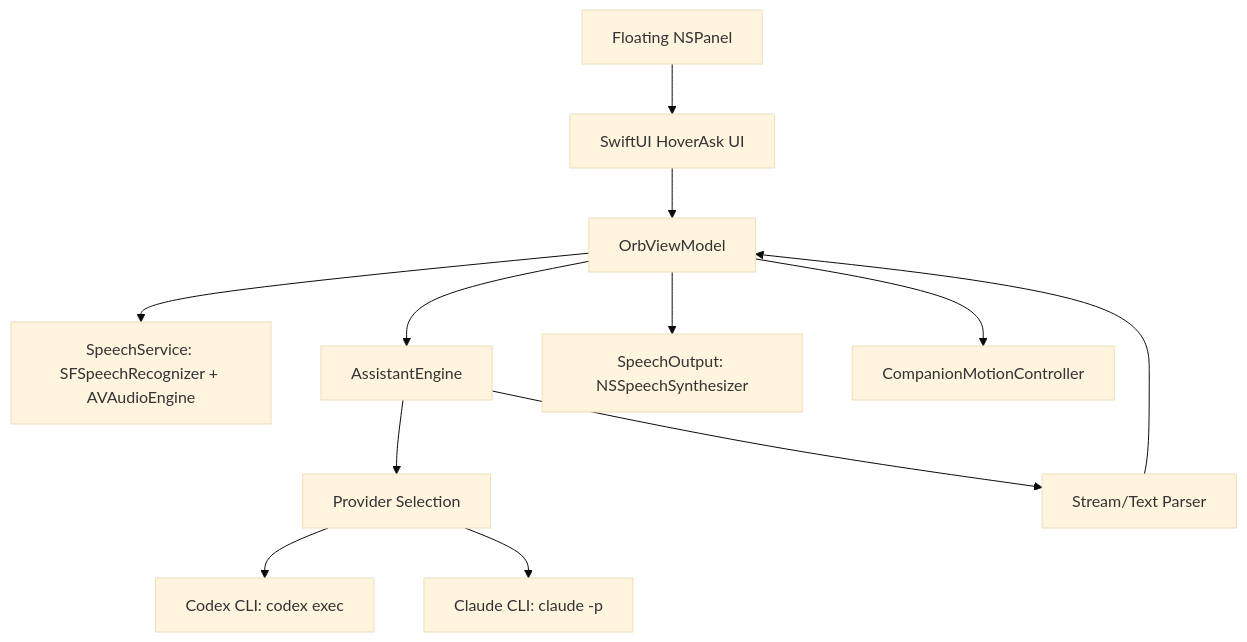
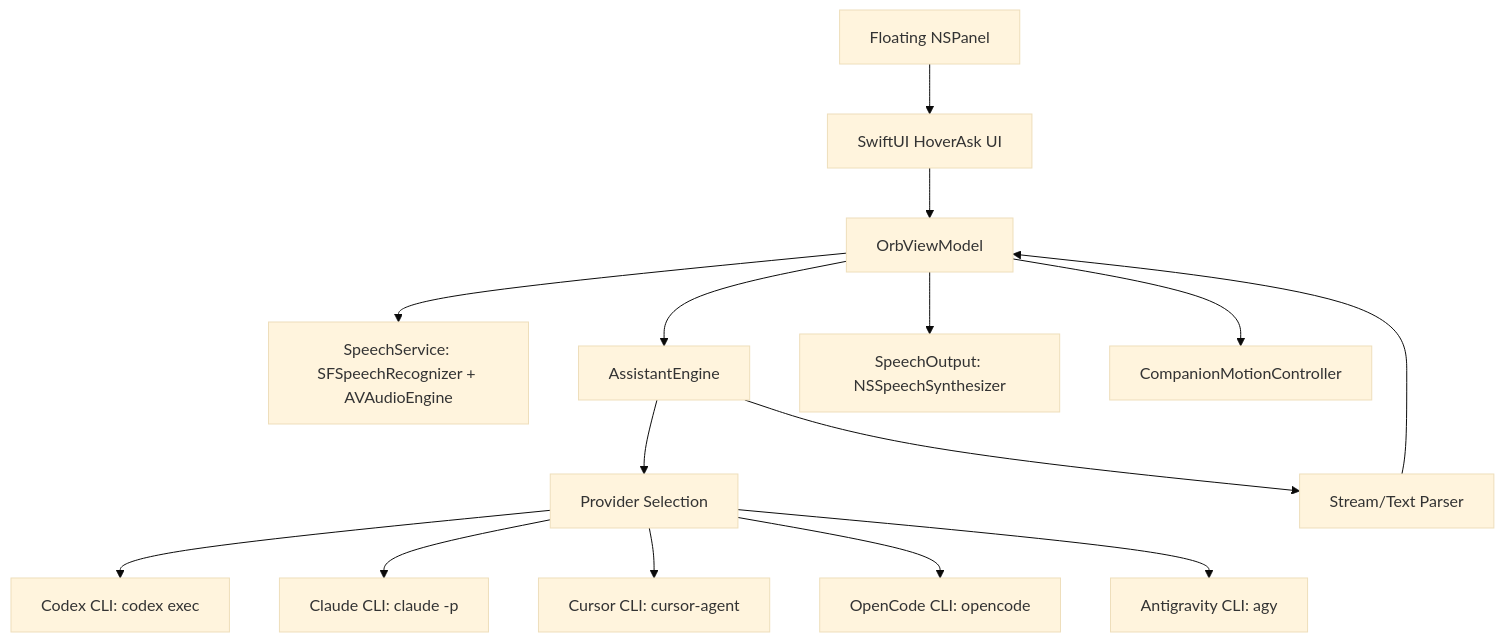
Before and after one commit to arpitagarwal1301/hoverask: the diagram in docs/ARCHITECTURE.md, drawn with Mermaid (base theme). The commit also changed other lines of this file and 11 other files, not shown here.

````diff
--- a/docs/ARCHITECTURE.md
+++ b/docs/ARCHITECTURE.md
@@ -5,14 +5,17 @@
 ```mermaid
 flowchart TD
   Panel["Floating NSPanel"] --> UI["SwiftUI HoverAsk UI"]
   UI --> VM["OrbViewModel"]
   VM --> Speech["SpeechService: SFSpeechRecognizer + AVAudioEngine"]
   VM --> Engine["AssistantEngine"]
   VM --> Speak["SpeechOutput: NSSpeechSynthesizer"]
   VM --> Motion["CompanionMotionController"]
   Engine --> Router["Provider Selection"]
   Router --> Codex["Codex CLI: codex exec"]
   Router --> Claude["Claude CLI: claude -p"]
+  Router --> Cursor["Cursor CLI: cursor-agent"]
+  Router --> OpenCode["OpenCode CLI: opencode"]
+  Router --> Antigravity["Antigravity CLI: agy"]
   Engine --> Parser["Stream/Text Parser"]
   Parser --> VM
 ```
````
